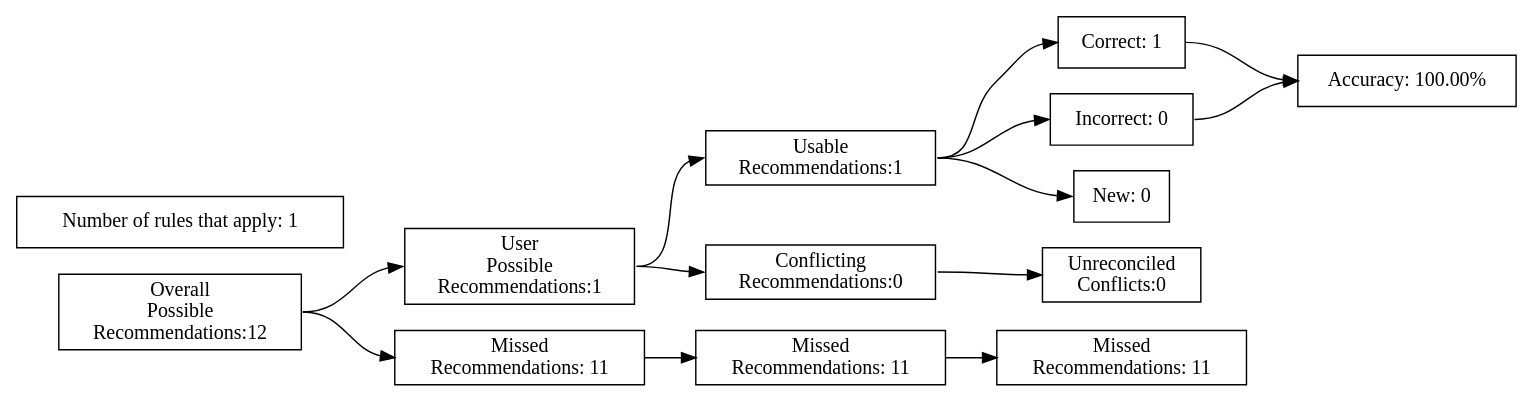
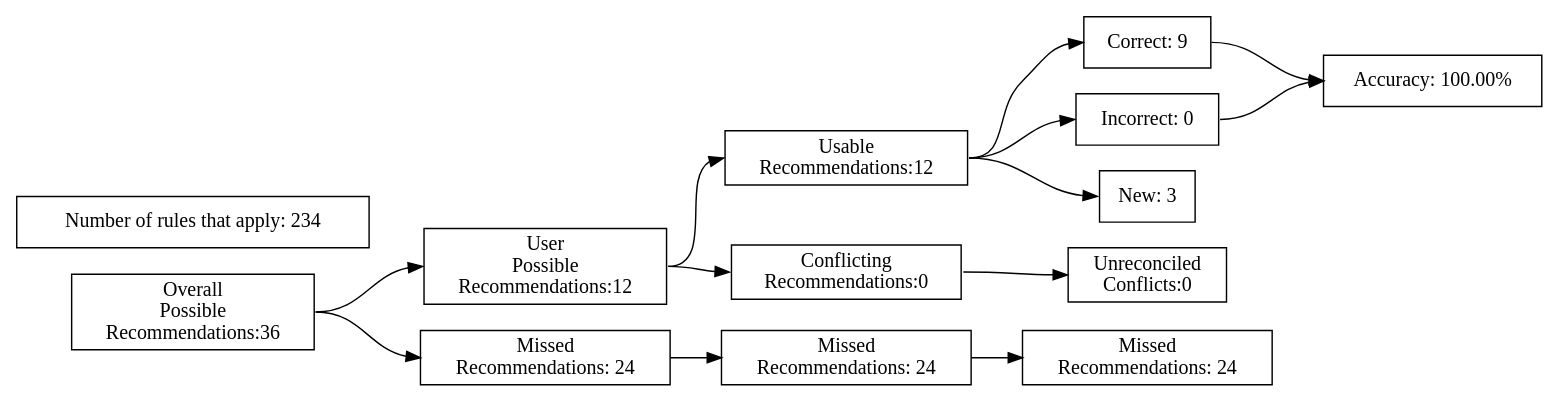
The diagram in test_renders/27.gv (ZaxR/ibd_diet_analysis), drawn with Graphviz before and after one commit. The commit also changed 229 other files, not shown here.

```diff
--- a/test_renders/27.gv
+++ b/test_renders/27.gv
@@ -1,40 +1,40 @@
 digraph {
 	graph [rankdir=LR]
 	node [pos=r shape=box]
 	edge [headport=w tailport=e]
 		A [label="Overall
 Possible
-Recommendations:12"]
+Recommendations:36"]
 		B [label="User
 Possible
-Recommendations:1"]
+Recommendations:12"]
 		C [label="Missed
-Recommendations: 11"]
+Recommendations: 24"]
 		D [label="Usable
-Recommendations:1"]
+Recommendations:12"]
 		E [label="Conflicting
 Recommendations:0"]
 		J [label="Missed
-Recommendations: 11"]
+Recommendations: 24"]
 		M [label="Unreconciled
 Conflicts:0"]
-		F [label="Correct: 1"]
+		F [label="Correct: 9"]
 		G [label="Incorrect: 0"]
-		H [label="New: 0"]
+		H [label="New: 3"]
 		K [label="Missed
-Recommendations: 11"]
+Recommendations: 24"]
 		I [label="Accuracy: 100.00%"]
-		l [label="Number of rules that apply: 1"]
+		l [label="Number of rules that apply: 234"]
 			A -> B
 			A -> C
 			B -> D
 			B -> E
 			D -> F
 			D -> G
 			D -> H
 			F -> I
 			G -> I
 			C -> J
 			J -> K
 			E -> M
 }
```
